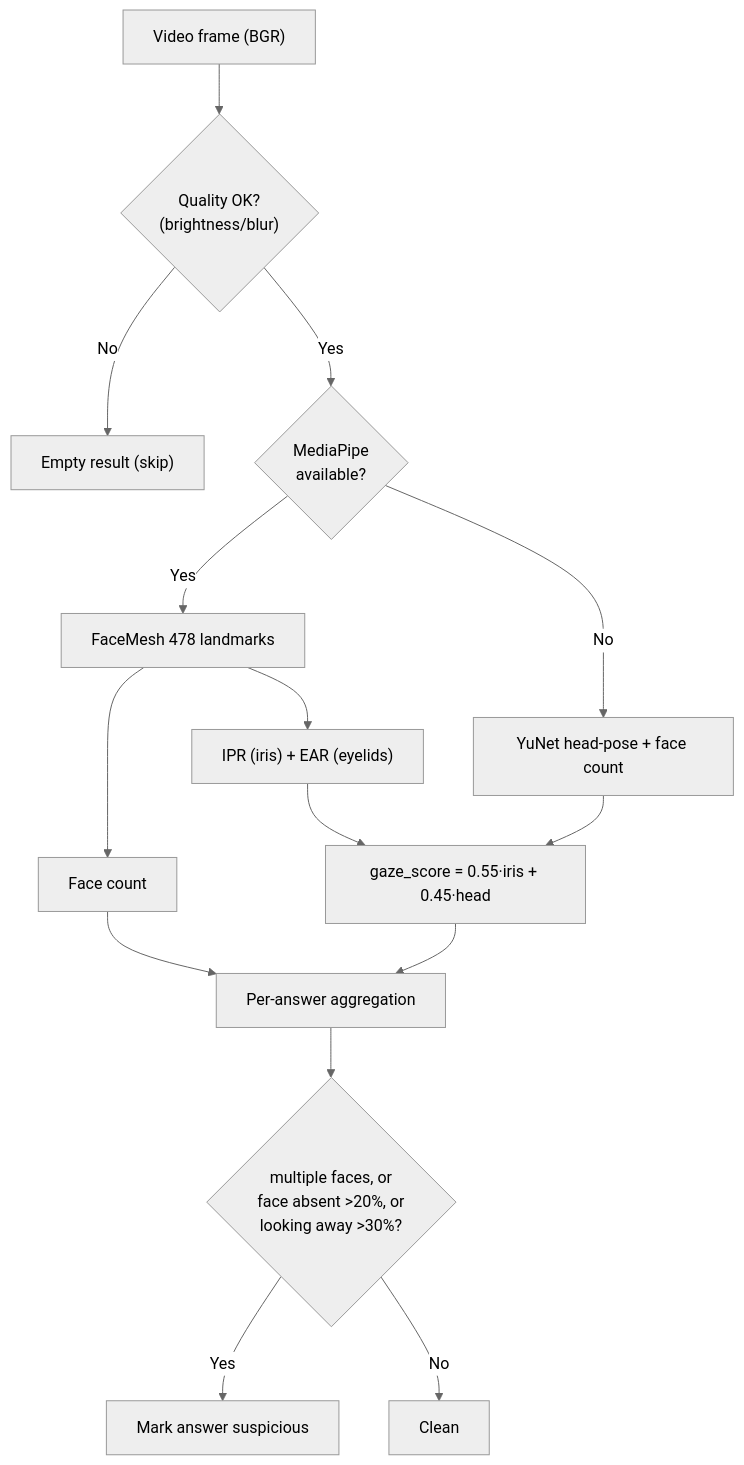
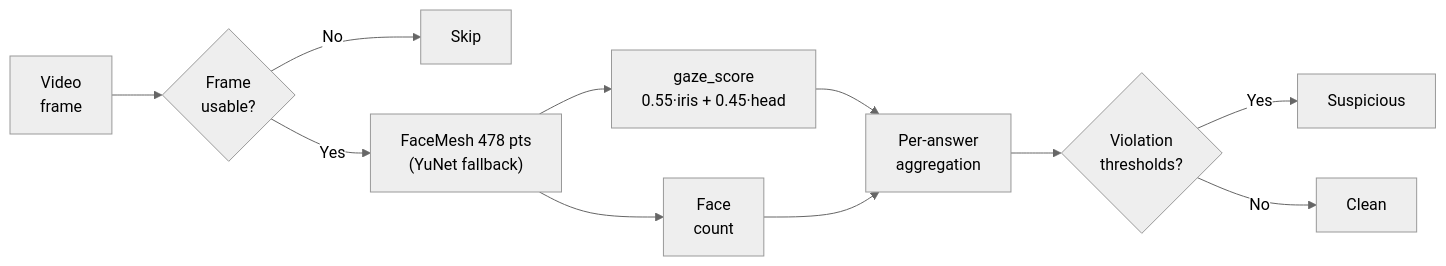
One commit to Pavlosss-uy/MyHR changed the fifth of 5 diagrams in docs/04-implementation.md. Above: the diagram before and after it, drawn with Mermaid (neutral theme). The commit also changed other lines of this file and 12 other files, not shown here.

````diff
--- a/docs/04-implementation.md
+++ b/docs/04-implementation.md
@@ -480,17 +409,13 @@
 ```mermaid
-flowchart TB
-    F["Video frame (BGR)"] --> Q{"Quality OK?<br/>(brightness/blur)"}
-    Q -->|No| EMPTY["Empty result (skip)"]
-    Q -->|Yes| MP{"MediaPipe<br/>available?"}
-    MP -->|Yes| MESH["FaceMesh 478 landmarks"]
-    MESH --> IRIS["IPR (iris) + EAR (eyelids)"]
-    MESH --> FACES["Face count"]
-    MP -->|No| YUNET["YuNet head-pose + face count"]
-    IRIS --> SCORE["gaze_score = 0.55·iris + 0.45·head"]
-    YUNET --> SCORE
-    FACES --> AGG["Per-answer aggregation"]
-    SCORE --> AGG
-    AGG --> FLAG{"multiple faces, or<br/>face absent >20%, or<br/>looking away >30%?"}
-    FLAG -->|Yes| SUS["Mark answer suspicious"]
+flowchart LR
+    F["Video<br/>frame"] --> Q{"Frame<br/>usable?"}
+    Q -->|No| SKIP["Skip"]
+    Q -->|Yes| DET["FaceMesh 478 pts<br/>(YuNet fallback)"]
+    DET --> G["gaze_score<br/>0.55·iris + 0.45·head"]
+    DET --> C["Face<br/>count"]
+    G --> AGG["Per-answer<br/>aggregation"]
+    C --> AGG
+    AGG --> FLAG{"Violation<br/>thresholds?"}
+    FLAG -->|Yes| SUS["Suspicious"]
     FLAG -->|No| OK["Clean"]
 ```
````
